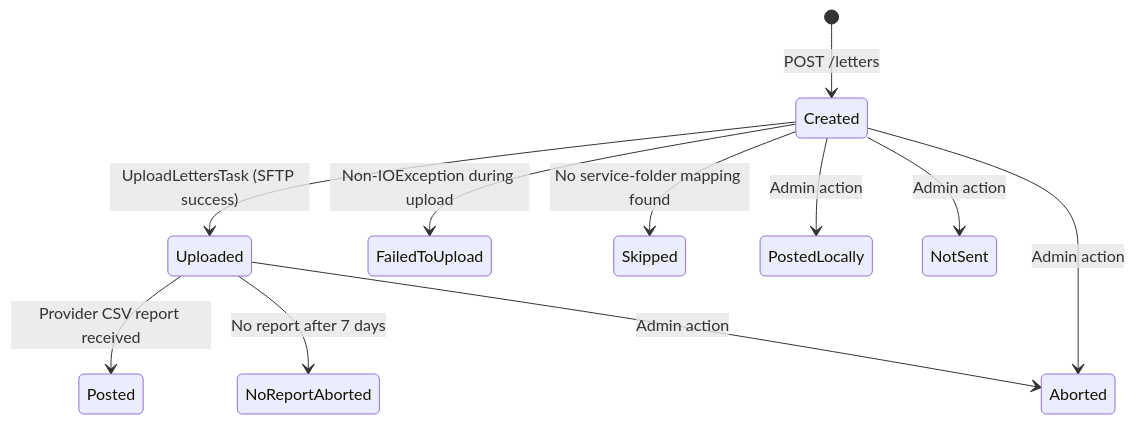
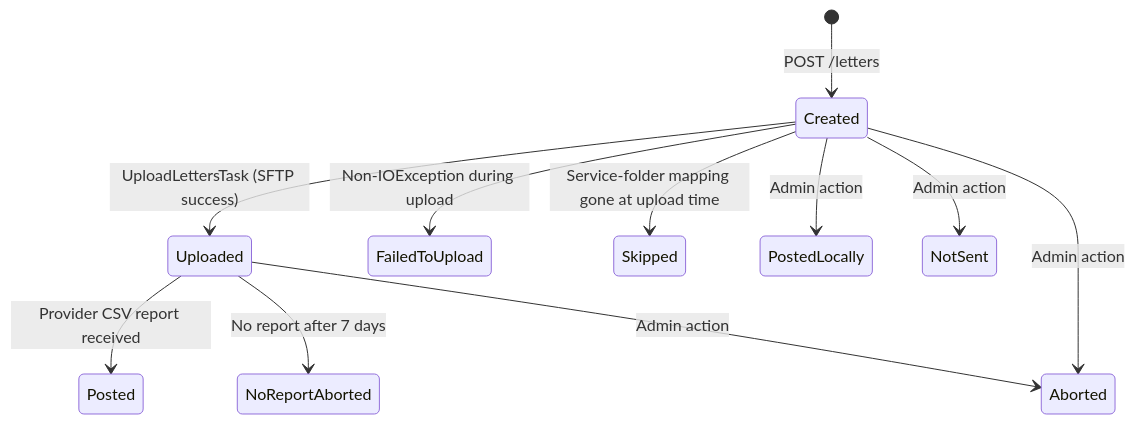
Before and after one commit to hmcts/cft-workspace: the diagram in apps/send-letter/docs/explanation/letter-lifecycle.md, drawn with Mermaid. The commit also changed other lines of this file and 6 other files, not shown here.

````diff
--- a/apps/send-letter/docs/explanation/letter-lifecycle.md
+++ b/apps/send-letter/docs/explanation/letter-lifecycle.md
@@ -70,13 +96,13 @@
 ```mermaid
 stateDiagram-v2
     [*] --> Created : POST /letters
     Created --> Uploaded : UploadLettersTask (SFTP success)
     Created --> FailedToUpload : Non-IOException during upload
-    Created --> Skipped : No service-folder mapping found
+    Created --> Skipped : Service-folder mapping gone at upload time
     Uploaded --> Posted : Provider CSV report received
     Uploaded --> NoReportAborted : No report after 7 days
     Uploaded --> Aborted : Admin action
     Created --> Aborted : Admin action
     Created --> PostedLocally : Admin action
     Created --> NotSent : Admin action
 ```
````
